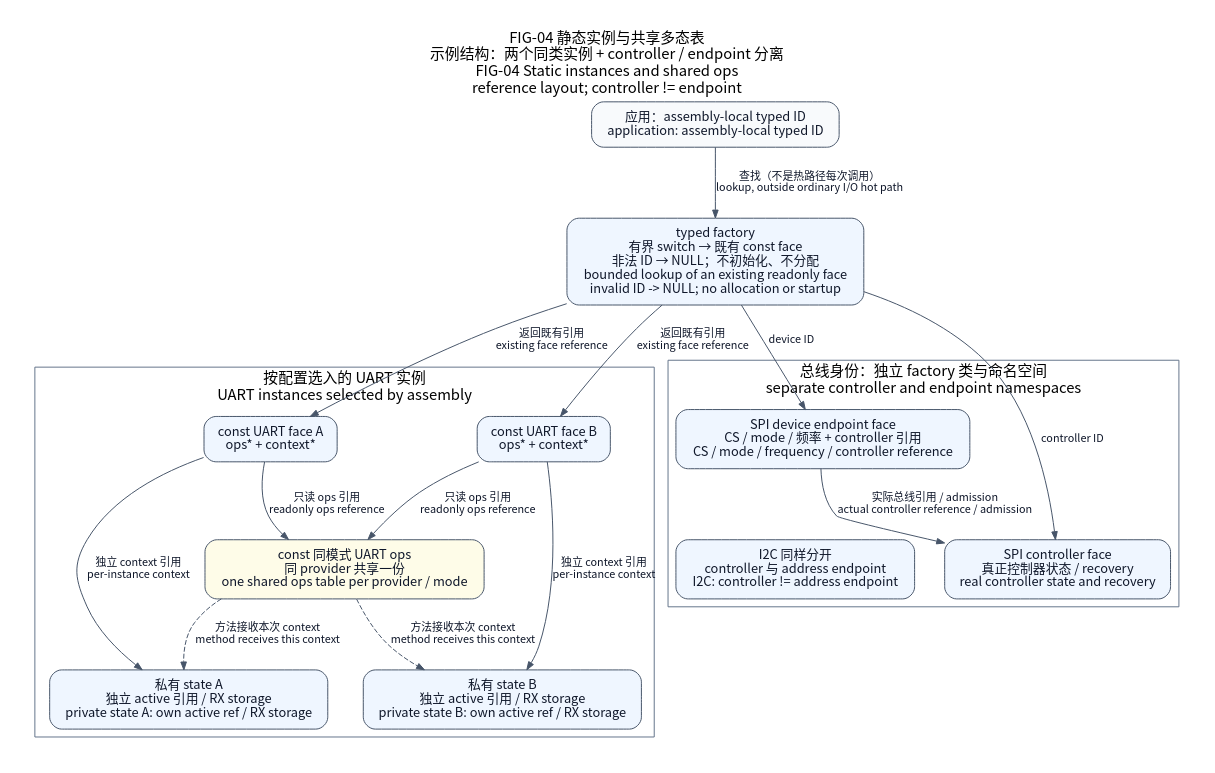
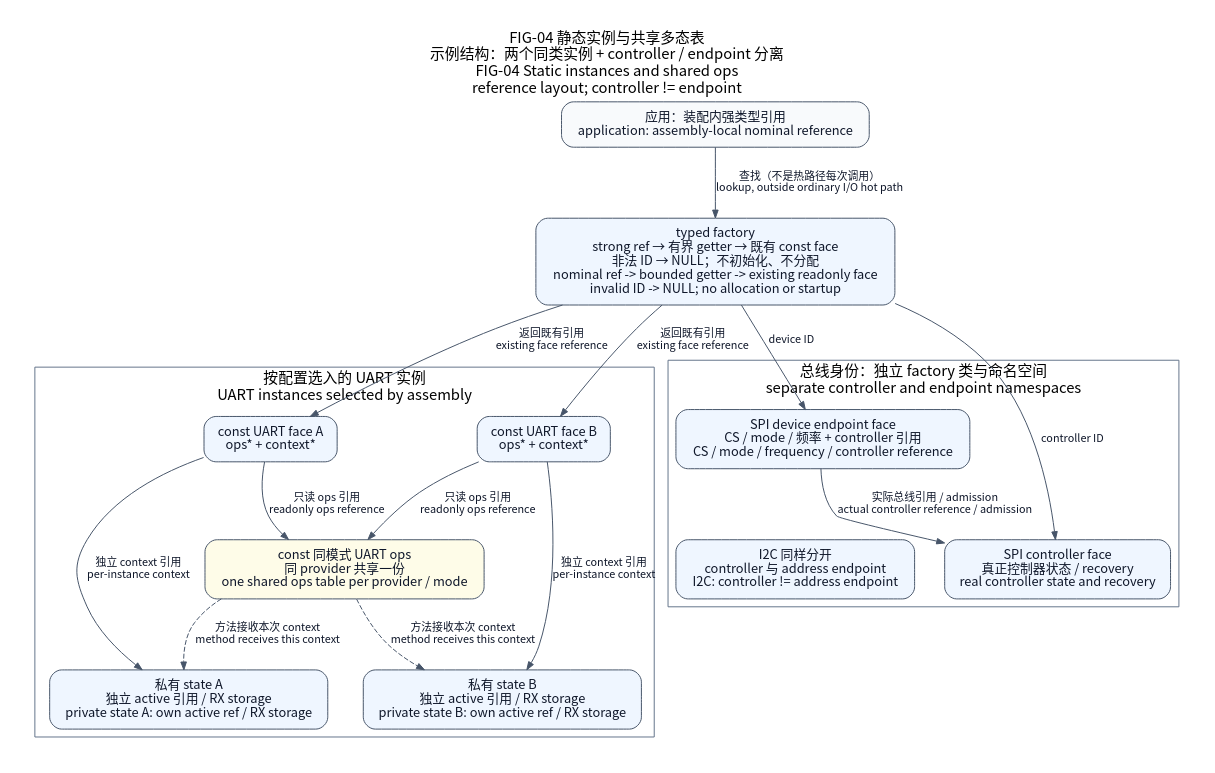
One commit to X-Gen-Lab/nexus changed the diagram in docs/assets/diagrams/factory-instances.dot. Above: the diagram before and after it, drawn with Graphviz. The commit also changed 99 other files, not shown here.

Commit message:
feat(platform): streamline typed factory and provider workflows

```diff
--- a/docs/assets/diagrams/factory-instances.dot
+++ b/docs/assets/diagrams/factory-instances.dot
@@ -1,57 +1,57 @@
 // FIG-04 reference: source-backed, scoped engineering view.
-// Code basis: 0111c8d3b9c7b37d258b9c401070305b13b6f3a1.
+// Code basis: tools/configure/factory.py; native_factory_test.cpp.
 // Relations and qualification limits are documented in README.md.
 digraph FactoryInstances {
     graph [newrank=true, rankdir=TB, bgcolor="white", pad=0.28, nodesep=0.42,
            ranksep=0.66, fontname="Noto Sans CJK SC", fontsize=15,
            labelloc=t];
     node [shape=box, style="rounded,filled", fillcolor="#eff6ff",
           color="#475569", fontcolor="#0f172a", fontname="Noto Sans CJK SC",
           fontsize=13, margin="0.18,0.12"];
     edge [color="#475569", fontcolor="#0f172a",
           fontname="Noto Sans CJK SC", fontsize=11, arrowsize=0.8];
 
     graph [label="FIG-04 静态实例与共享多态表
 示例结构：两个同类实例 + controller / endpoint 分离\nFIG-04 Static instances and shared ops\nreference layout; controller != endpoint"];
-    caller [label="应用：assembly-local typed ID\napplication: assembly-local typed ID", fillcolor="#f8fafc"];
+    caller [label="应用：装配内强类型引用\napplication: assembly-local nominal reference", fillcolor="#f8fafc"];
     factory [label="typed factory
-有界 switch → 既有 const face
-非法 ID → NULL；不初始化、不分配\nbounded lookup of an existing readonly face\ninvalid ID -> NULL; no allocation or startup"];
+strong ref → 有界 getter → 既有 const face
+非法 ID → NULL；不初始化、不分配\nnominal ref -> bounded getter -> existing readonly face\ninvalid ID -> NULL; no allocation or startup"];
     subgraph clusterUart {
         label="按配置选入的 UART 实例\nUART instances selected by assembly"; color="#64748b";
         faceA [label="const UART face A
 ops* + context*"];
         faceB [label="const UART face B
 ops* + context*"];
         ops [label="const 同模式 UART ops
 同 provider 共享一份\none shared ops table per provider / mode", fillcolor="#fefce8"];
         stateA [label="私有 state A
 独立 active 引用 / RX storage\nprivate state A: own active ref / RX storage"];
         stateB [label="私有 state B
 独立 active 引用 / RX storage\nprivate state B: own active ref / RX storage"];
         { rank=same; faceA; faceB; }
         { rank=same; stateA; stateB; }
     }
     subgraph clusterBus {
         label="总线身份：独立 factory 类与命名空间\nseparate controller and endpoint namespaces"; color="#64748b";
         controller [label="SPI controller face
 真正控制器状态 / recovery\nreal controller state and recovery"];
         endpoint [label="SPI device endpoint face
 CS / mode / 频率 + controller 引用\nCS / mode / frequency / controller reference"];
         i2c [label="I2C 同样分开
 controller 与 address endpoint\nI2C: controller != address endpoint"];
     }
     caller -> factory [label="查找（不是热路径每次调用）\nlookup, outside ordinary I/O hot path"];
     factory -> faceA [label="返回既有引用\nexisting face reference"];
     factory -> faceB [label="返回既有引用\nexisting face reference"];
     faceA -> ops [label="只读 ops 引用\nreadonly ops reference"];
     faceB -> ops [label="只读 ops 引用\nreadonly ops reference"];
     faceA -> stateA [label="独立 context 引用\nper-instance context"];
     faceB -> stateB [label="独立 context 引用\nper-instance context"];
     ops -> stateA [label="方法接收本次 context\nmethod receives this context", style=dashed];
     ops -> stateB [label="方法接收本次 context\nmethod receives this context", style=dashed];
     factory -> controller [label="controller ID"];
     factory -> endpoint [label="device ID"];
     endpoint -> controller [label="实际总线引用 / admission\nactual controller reference / admission"];
     endpoint -> i2c [style=invis];
 }
```
